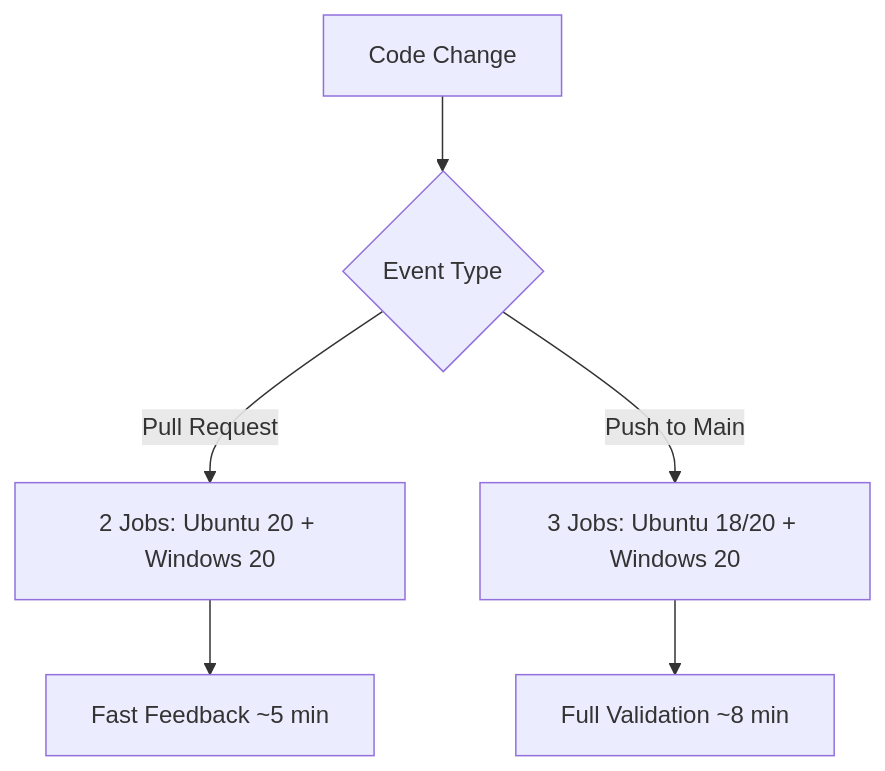
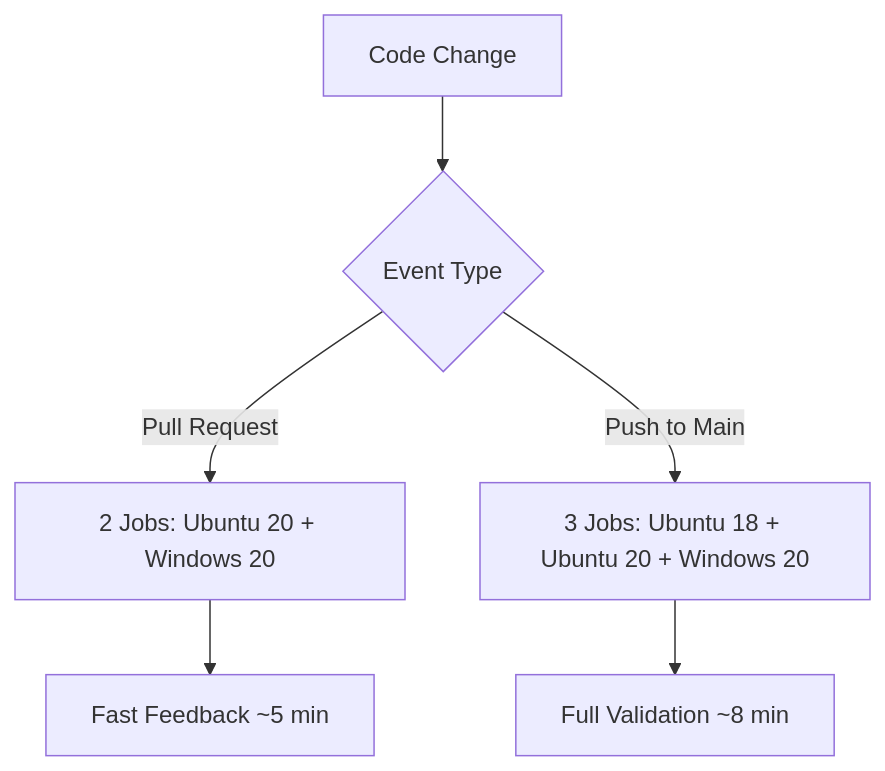
One commit to claudes-world/cctoast-wsl changed the diagram in docs/user-guides/CI-CD.md. Above: the diagram before and after it, drawn with Mermaid.

````diff
--- a/docs/user-guides/CI-CD.md
+++ b/docs/user-guides/CI-CD.md
@@ -58,8 +58,8 @@
 ```mermaid
 graph TB
     A[Code Change] --> B{Event Type}
     B -->|Pull Request| C[2 Jobs: Ubuntu 20 + Windows 20]
-    B -->|Push to Main| D[3 Jobs: Ubuntu 18/20 + Windows 20]
+    B -->|Push to Main| D[3 Jobs: Ubuntu 18 + Ubuntu 20 + Windows 20]
     C --> E[Fast Feedback ~5 min]
     D --> F[Full Validation ~8 min]
 ```
````
